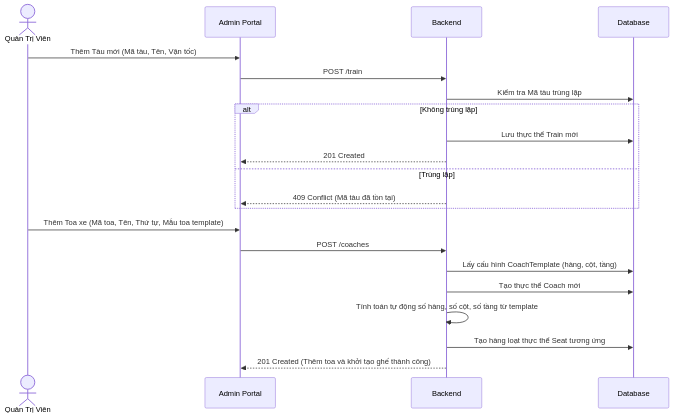
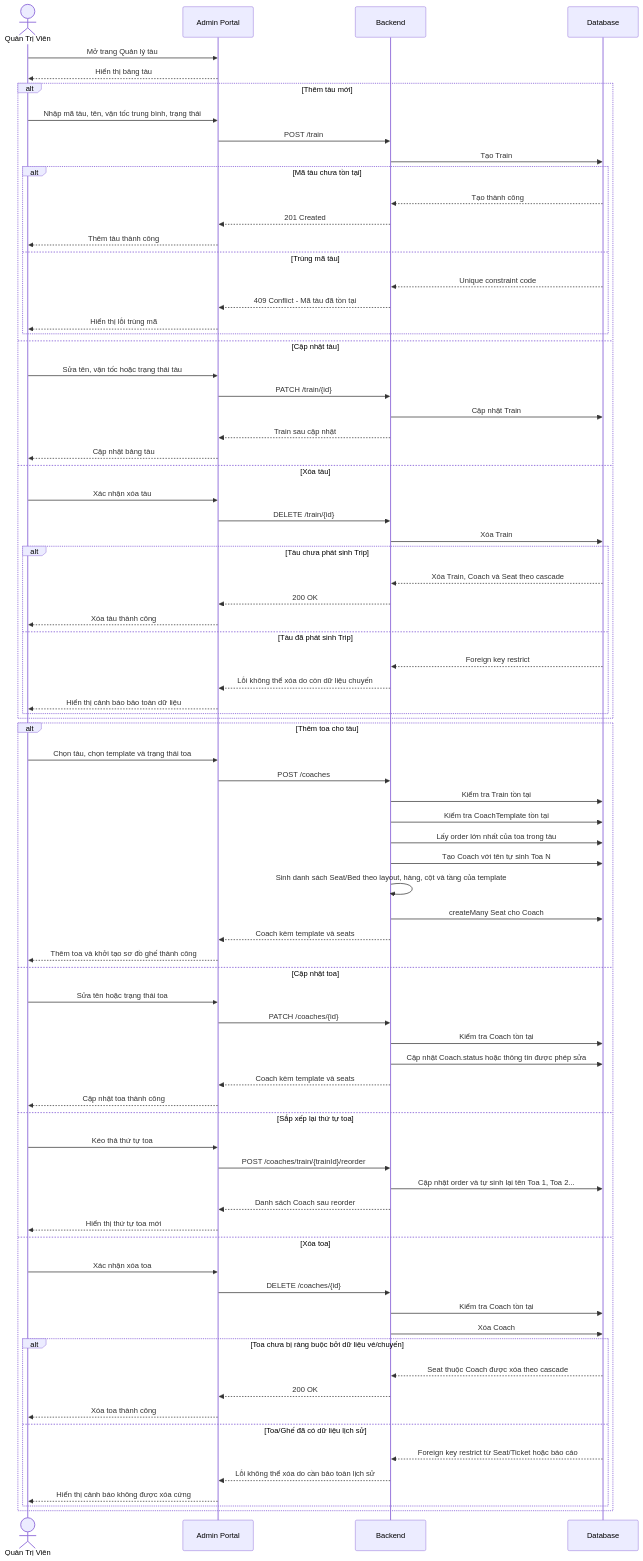
One commit to letungduong24/train-booking changed diagram 15 of 22 in diagrams/sequences/sequence-diagrams.md. Above: the diagram before and after it, drawn with Mermaid. The commit also changed other lines of this file and 29 other files, not shown here.

````diff
--- a/diagrams/sequences/sequence-diagrams.md
+++ b/diagrams/sequences/sequence-diagrams.md
@@ -362,24 +376,81 @@
     participant FE as Admin Portal
     participant API as Backend
     participant DB as Database
-    
-    %% Tạo Tàu
-    Admin->>FE: Thêm Tàu mới (Mã tàu, Tên, Vận tốc)
-    FE->>API: POST /train
-    API->>DB: Kiểm tra Mã tàu trùng lặp
-    alt Không trùng lặp
-        API->>DB: Lưu thực thể Train mới
-        API-->>FE: 201 Created
-    else Trùng lặp
-        API-->>FE: 409 Conflict (Mã tàu đã tồn tại)
+
+    Admin->>FE: Mở trang Quản lý tàu
+    FE-->>Admin: Hiển thị bảng tàu
+
+    alt Thêm tàu mới
+        Admin->>FE: Nhập mã tàu, tên, vận tốc trung bình, trạng thái
+        FE->>API: POST /train
+        API->>DB: Tạo Train
+        alt Mã tàu chưa tồn tại
+            DB-->>API: Tạo thành công
+            API-->>FE: 201 Created
+            FE-->>Admin: Thêm tàu thành công
+        else Trùng mã tàu
+            DB-->>API: Unique constraint code
+            API-->>FE: 409 Conflict - Mã tàu đã tồn tại
+            FE-->>Admin: Hiển thị lỗi trùng mã
+        end
+    else Cập nhật tàu
+        Admin->>FE: Sửa tên, vận tốc hoặc trạng thái tàu
+        FE->>API: PATCH /train/{id}
+        API->>DB: Cập nhật Train
+        API-->>FE: Train sau cập nhật
+        FE-->>Admin: Cập nhật bảng tàu
+    else Xóa tàu
+        Admin->>FE: Xác nhận xóa tàu
+        FE->>API: DELETE /train/{id}
+        API->>DB: Xóa Train
+        alt Tàu chưa phát sinh Trip
+            DB-->>API: Xóa Train, Coach và Seat theo cascade
+            API-->>FE: 200 OK
+            FE-->>Admin: Xóa tàu thành công
+        else Tàu đã phát sinh Trip
+            DB-->>API: Foreign key restrict
+            API-->>FE: Lỗi không thể xóa do còn dữ liệu chuyến
+            FE-->>Admin: Hiển thị cảnh báo bảo toàn dữ liệu
+        end
     end
-    
-    %% Thêm Toa và sinh ghế tự động
-    Admin->>FE: Thêm Toa xe (Mã toa, Tên, Thứ tự, Mẫu toa template)
-    FE->>API: POST /coaches
-    API->>DB: Lấy cấu hình CoachTemplate (hàng, cột, tầng)
-    API->>DB: Tạo thực thể Coach mới
-    API->>API: Tính toán tự động số hàng, số cột, số tầng từ template
-    API->>DB: Tạo hàng loạt thực thể Seat tương ứng
-    API-->>FE: 201 Created (Thêm toa và khởi tạo ghế thành công)
+
+    alt Thêm toa cho tàu
+        Admin->>FE: Chọn tàu, chọn template và trạng thái toa
+        FE->>API: POST /coaches
+        API->>DB: Kiểm tra Train tồn tại
+        API->>DB: Kiểm tra CoachTemplate tồn tại
+        API->>DB: Lấy order lớn nhất của toa trong tàu
+        API->>DB: Tạo Coach với tên tự sinh Toa N
+        API->>API: Sinh danh sách Seat/Bed theo layout, hàng, cột và tầng của template
+        API->>DB: createMany Seat cho Coach
+        API-->>FE: Coach kèm template và seats
+        FE-->>Admin: Thêm toa và khởi tạo sơ đồ ghế thành công
+    else Cập nhật toa
+        Admin->>FE: Sửa tên hoặc trạng thái toa
+        FE->>API: PATCH /coaches/{id}
+        API->>DB: Kiểm tra Coach tồn tại
+        API->>DB: Cập nhật Coach.status hoặc thông tin được phép sửa
+        API-->>FE: Coach kèm template và seats
+        FE-->>Admin: Cập nhật toa thành công
+    else Sắp xếp lại thứ tự toa
+        Admin->>FE: Kéo thả thứ tự toa
+        FE->>API: POST /coaches/train/{trainId}/reorder
+        API->>DB: Cập nhật order và tự sinh lại tên Toa 1, Toa 2...
+        API-->>FE: Danh sách Coach sau reorder
+        FE-->>Admin: Hiển thị thứ tự toa mới
+    else Xóa toa
+        Admin->>FE: Xác nhận xóa toa
+        FE->>API: DELETE /coaches/{id}
+        API->>DB: Kiểm tra Coach tồn tại
+        API->>DB: Xóa Coach
+        alt Toa chưa bị ràng buộc bởi dữ liệu vé/chuyến
+            DB-->>API: Seat thuộc Coach được xóa theo cascade
+            API-->>FE: 200 OK
+            FE-->>Admin: Xóa toa thành công
+        else Toa/Ghế đã có dữ liệu lịch sử
+            DB-->>API: Foreign key restrict từ Seat/Ticket hoặc báo cáo
+            API-->>FE: Lỗi không thể xóa do cần bảo toàn lịch sử
+            FE-->>Admin: Hiển thị cảnh báo không được xóa cứng
+        end
+    end
 ```
````
